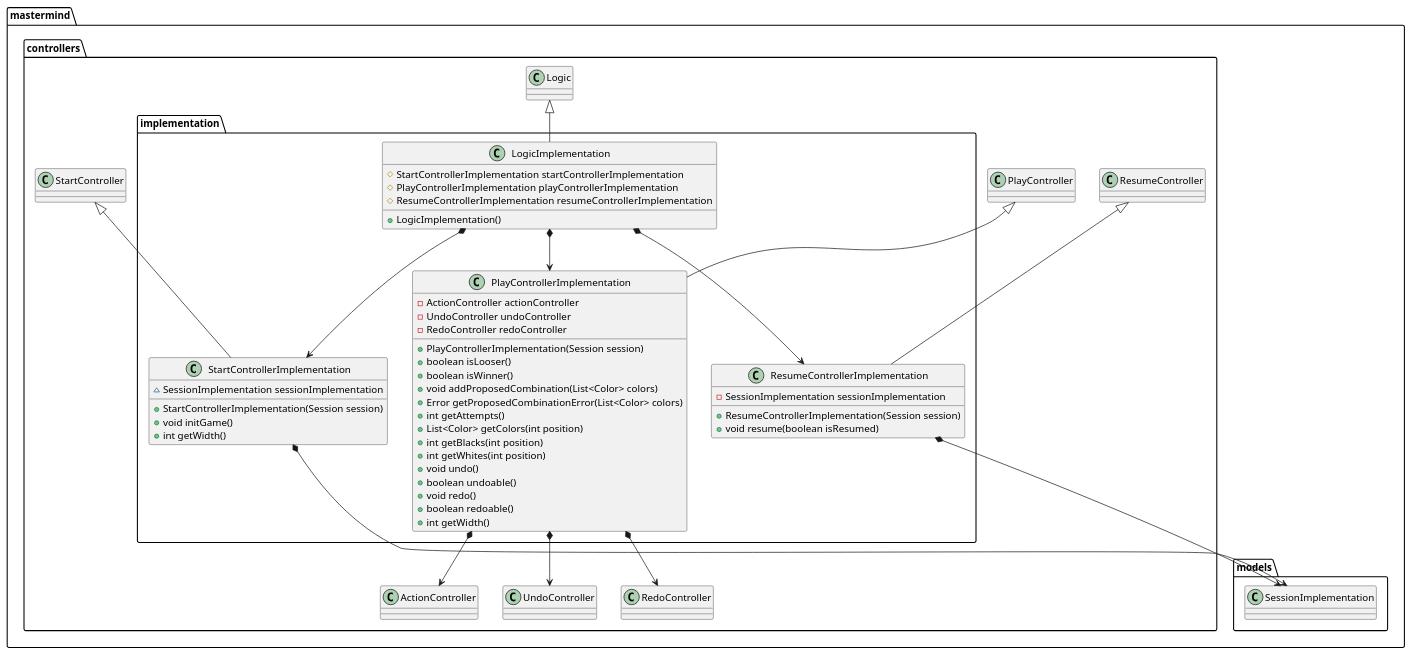
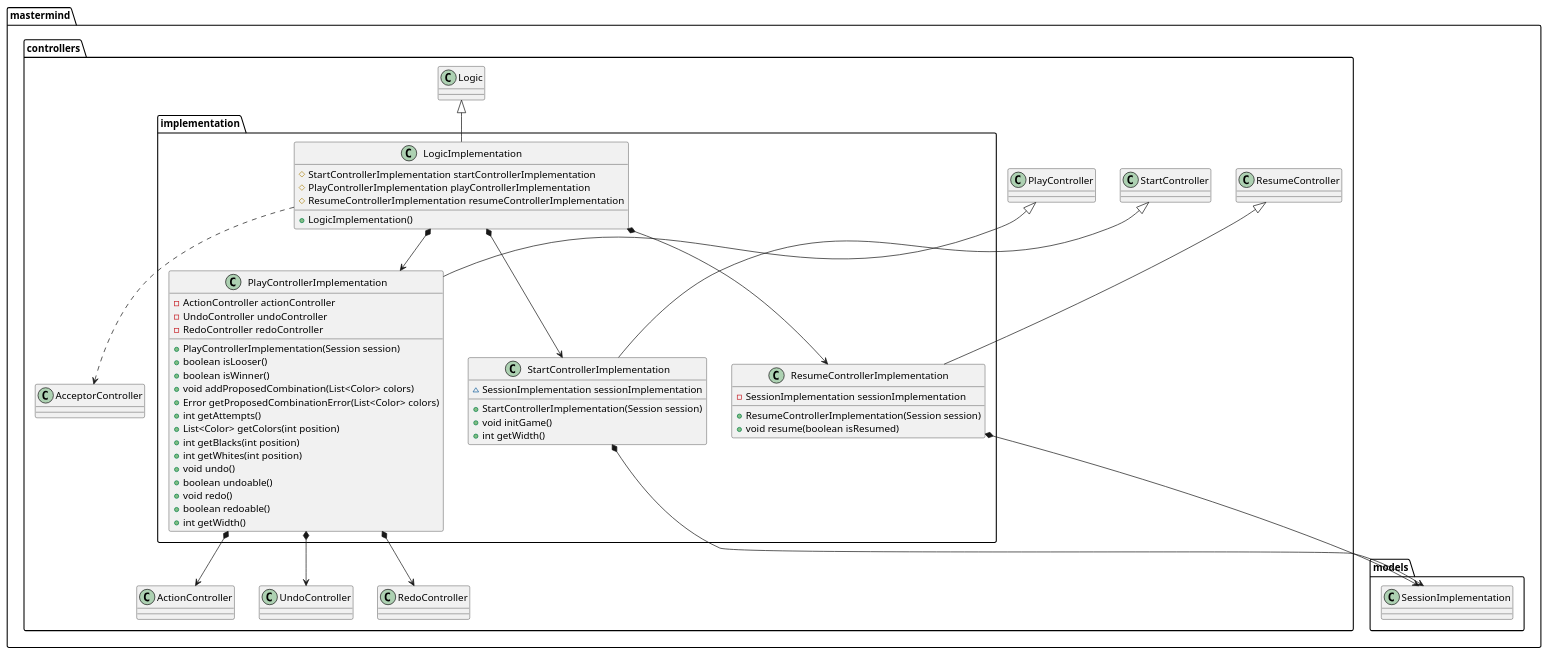
One commit to jprieto92/mastermindClientServer changed the diagram in docs/sources/paqueteMastermindControllersImplementation.iuml. Above: the diagram before and after it, drawn with PlantUML. The commit also changed 9 other files, not shown here.

Commit message:
Update some UML diagrams with use relationships

```diff
--- a/docs/sources/paqueteMastermindControllersImplementation.iuml
+++ b/docs/sources/paqueteMastermindControllersImplementation.iuml
@@ -1,57 +1,58 @@
 @startuml
 
 class mastermind.controllers.implementation.LogicImplementation [[java:jprieto.mastermind.controllers.implementation.LogicImplementation]] {
 	#StartControllerImplementation startControllerImplementation
 	#PlayControllerImplementation playControllerImplementation
 	#ResumeControllerImplementation resumeControllerImplementation
 	+LogicImplementation()
 }
+mastermind.controllers.Logic <|-- mastermind.controllers.implementation.LogicImplementation
 mastermind.controllers.implementation.LogicImplementation *-down-> mastermind.controllers.implementation.StartControllerImplementation
 mastermind.controllers.implementation.LogicImplementation *-down-> mastermind.controllers.implementation.PlayControllerImplementation
 mastermind.controllers.implementation.LogicImplementation *-down-> mastermind.controllers.implementation.ResumeControllerImplementation
-mastermind.controllers.Logic <|-- mastermind.controllers.implementation.LogicImplementation
+mastermind.controllers.implementation.LogicImplementation ..> mastermind.controllers.AcceptorController
 
 class mastermind.controllers.implementation.PlayControllerImplementation [[java:jprieto.mastermind.controllers.implementation.PlayControllerImplementation]] {
 	-ActionController actionController
 	-UndoController undoController
 	-RedoController redoController
 	+PlayControllerImplementation(Session session)
 	+boolean isLooser()
 	+boolean isWinner()
 	+void addProposedCombination(List<Color> colors)
 	+Error getProposedCombinationError(List<Color> colors)
 	+int getAttempts()
 	+List<Color> getColors(int position)
 	+int getBlacks(int position)
 	+int getWhites(int position)
 	+void undo()
 	+boolean undoable()
 	+void redo()
 	+boolean redoable()
 	+int getWidth()
 }
 mastermind.controllers.PlayController <|-- mastermind.controllers.implementation.PlayControllerImplementation
 mastermind.controllers.implementation.PlayControllerImplementation *-down-> mastermind.controllers.ActionController
 mastermind.controllers.implementation.PlayControllerImplementation *-down-> mastermind.controllers.UndoController
 mastermind.controllers.implementation.PlayControllerImplementation *-down-> mastermind.controllers.RedoController
 
 class mastermind.controllers.implementation.ResumeControllerImplementation [[java:jprieto.mastermind.controllers.implementation.ResumeControllerImplementation]] {
 	-SessionImplementation sessionImplementation
 	+ResumeControllerImplementation(Session session)
 	+void resume(boolean isResumed)
 }
 mastermind.controllers.ResumeController <|-- mastermind.controllers.implementation.ResumeControllerImplementation
 mastermind.controllers.implementation.ResumeControllerImplementation *-down-> mastermind.models.SessionImplementation
 
 class mastermind.controllers.implementation.StartControllerImplementation [[java:jprieto.mastermind.controllers.implementation.StartControllerImplementation]] {
 	~SessionImplementation sessionImplementation
 	+StartControllerImplementation(Session session)
 	+void initGame()
 	+int getWidth()
 }
 mastermind.controllers.StartController <|-- mastermind.controllers.implementation.StartControllerImplementation
 mastermind.controllers.implementation.StartControllerImplementation *-down-> mastermind.models.SessionImplementation
 
 
 
 @enduml
```
